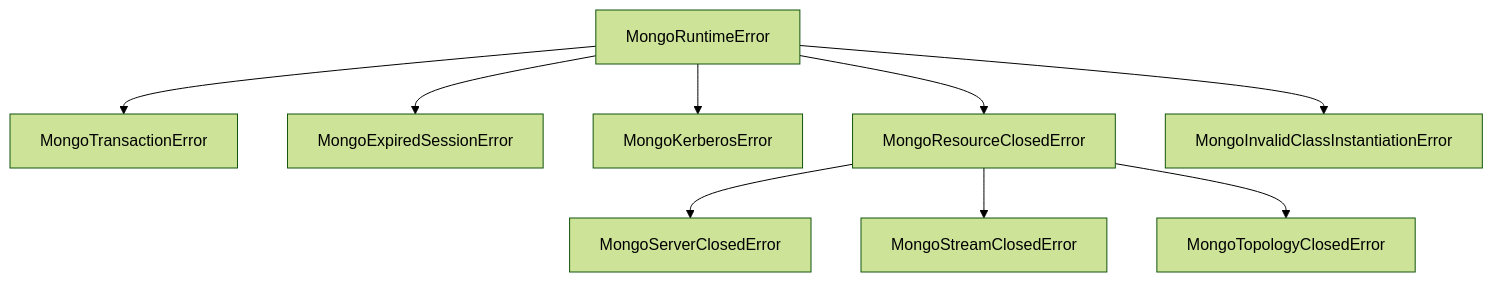
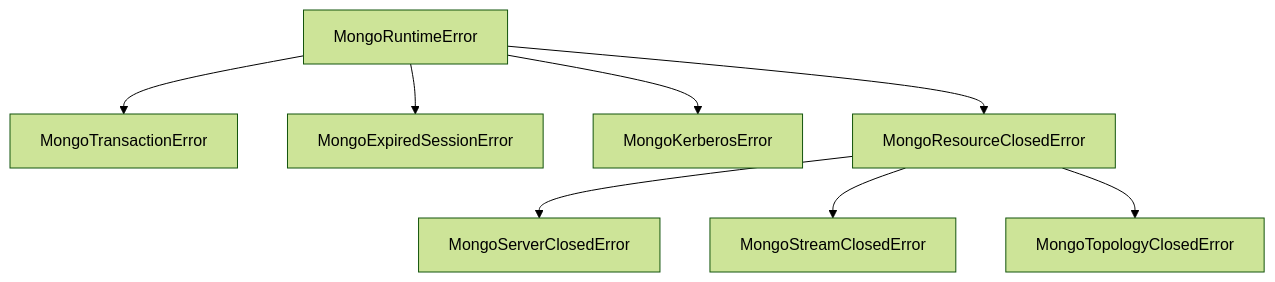
The diagram in docs/charts/mermaid/MongoRuntimeError_2.mmd (mongodb/node-mongodb-native), drawn with Mermaid (forest theme) before and after one commit. The commit also changed 5 other files, not shown here.

Commit message:
docs(NODE-3363): updated charts to match markdown

```diff
--- a/docs/charts/mermaid/MongoRuntimeError_2.mmd
+++ b/docs/charts/mermaid/MongoRuntimeError_2.mmd
@@ -1,10 +1,9 @@
 graph TD
   MongoRuntimeError --> MongoTransactionError
   MongoRuntimeError --> MongoExpiredSessionError
   MongoRuntimeError --> MongoKerberosError
   MongoRuntimeError --> MongoResourceClosedError
-  MongoRuntimeError --> MongoInvalidClassInstantiationError
 
   MongoResourceClosedError --> MongoServerClosedError
   MongoResourceClosedError --> MongoStreamClosedError
   MongoResourceClosedError --> MongoTopologyClosedError
```
